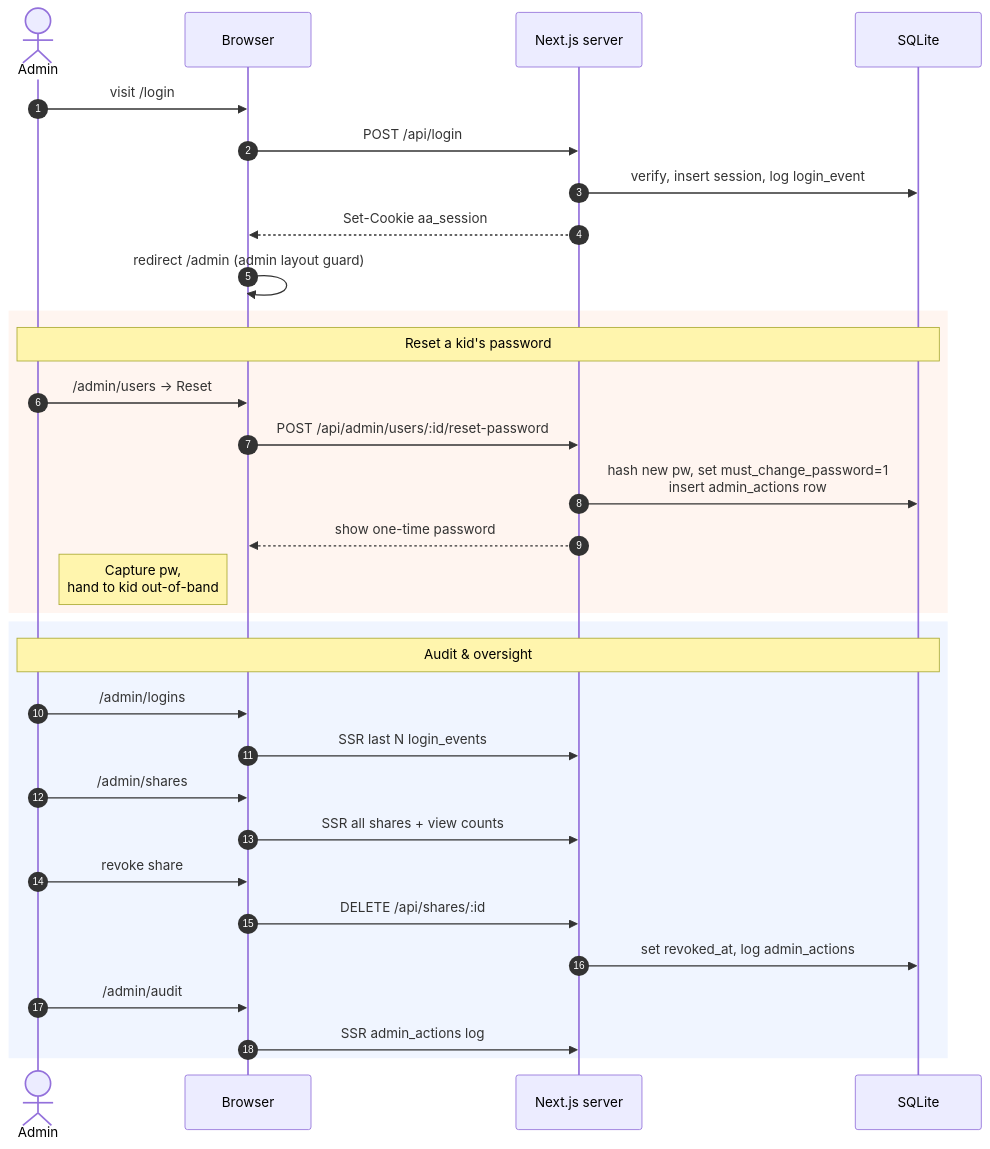
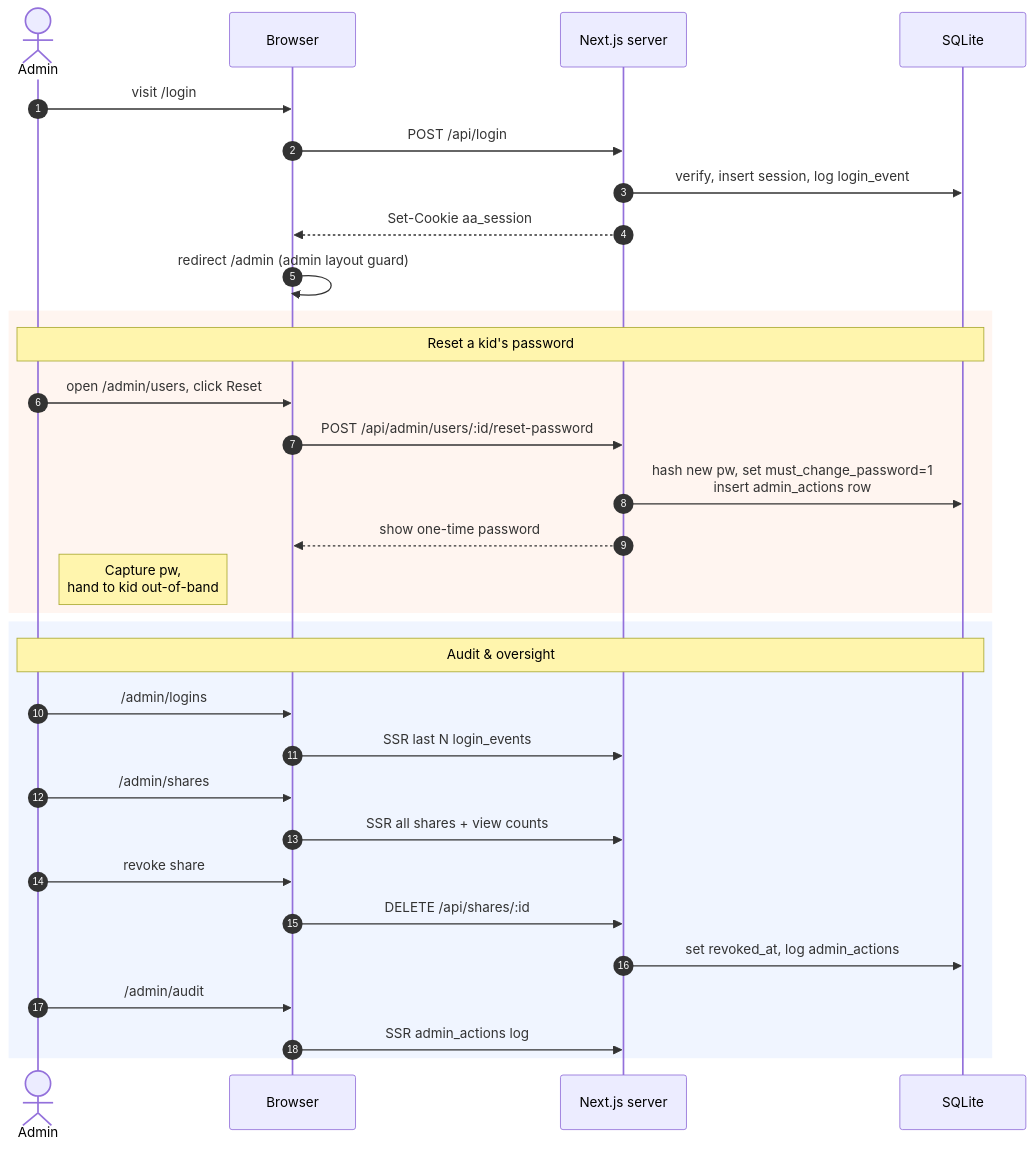
Before and after one commit to derrickgitty/web-AA-arts: the third of 4 diagrams in docs/architecture.md, drawn with Mermaid. The commit also changed other lines of this file, not shown here.

First line of the commit message:
docs: stabilise mermaid syntax in share-recipient diagram

````diff
--- a/docs/architecture.md
+++ b/docs/architecture.md
@@ -102,36 +102,36 @@
 ```mermaid
 sequenceDiagram
   autonumber
   actor Admin
   participant UI as Browser
   participant Server as Next.js server
   participant DB as SQLite
 
   Admin->>UI: visit /login
   UI->>Server: POST /api/login
   Server->>DB: verify, insert session, log login_event
   Server-->>UI: Set-Cookie aa_session
   UI->>UI: redirect /admin (admin layout guard)
 
   rect rgb(255, 245, 240)
     note over Admin,DB: Reset a kid's password
-    Admin->>UI: /admin/users -> Reset
+    Admin->>UI: open /admin/users, click Reset
     UI->>Server: POST /api/admin/users/:id/reset-password
     Server->>DB: hash new pw, set must_change_password=1<br/>insert admin_actions row
     Server-->>UI: show one-time password
     note right of Admin: Capture pw,<br/>hand to kid out-of-band
   end
 
   rect rgb(240, 245, 255)
     note over Admin,DB: Audit & oversight
     Admin->>UI: /admin/logins
     UI->>Server: SSR last N login_events
     Admin->>UI: /admin/shares
     UI->>Server: SSR all shares + view counts
     Admin->>UI: revoke share
     UI->>Server: DELETE /api/shares/:id
     Server->>DB: set revoked_at, log admin_actions
     Admin->>UI: /admin/audit
     UI->>Server: SSR admin_actions log
   end
 ```
````
